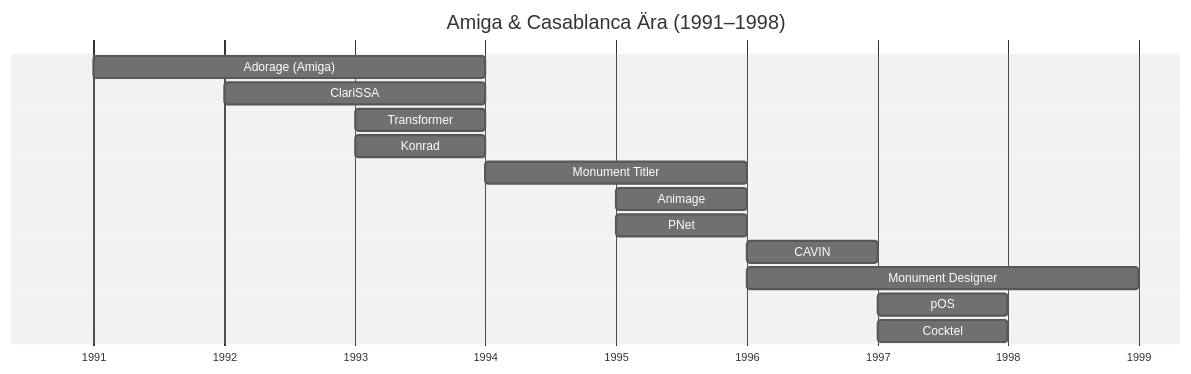
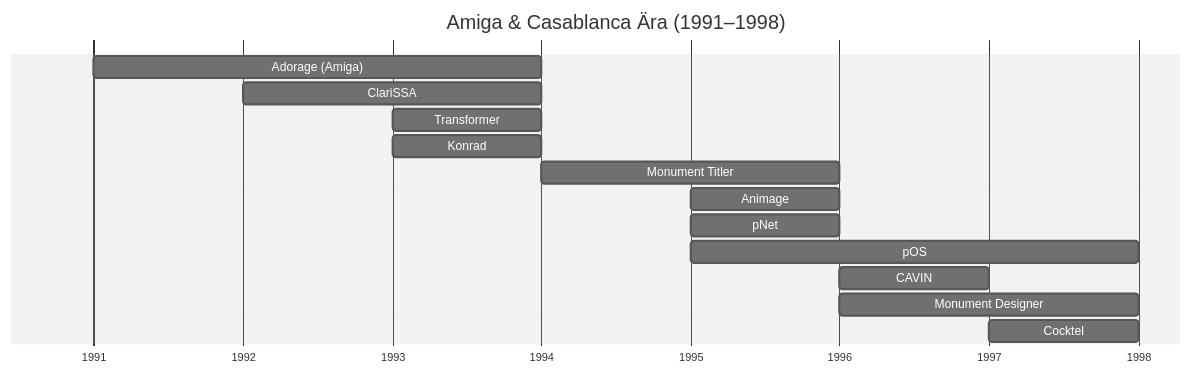
The first of 2 diagrams in ProductTimeline.de-DE.md (HolgerBurkarth/proDAD-History), drawn with Mermaid (neutral theme) before and after one commit. The commit also changed other lines of this file and 47 other files, not shown here.

````diff
--- a/ProductTimeline.de-DE.md
+++ b/ProductTimeline.de-DE.md
@@ -13,20 +24,20 @@
 ```mermaid
 gantt
     title Amiga & Casablanca Ära (1991–1998)
     dateFormat YYYY
     axisFormat %Y
     tickInterval 2year
     todayMarker off
 
     Adorage (Amiga)         :1991, 1994
     ClariSSA                :1992, 1994
     Transformer             :1993, 1994
     Konrad                  :1993, 1994
     Monument Titler         :1994, 1996
     Animage                 :1995, 1996
-    PNet                    :1995, 1996
+    pNet                    :1995, 1996
+    pOS                     :1995, 1998
     CAVIN                   :1996, 1997
-    Monument Designer       :1996, 1999
-    pOS                     :1997, 1998
+    Monument Designer       :1996, 1998
     Cocktel                 :1997, 1998
 ```
````
